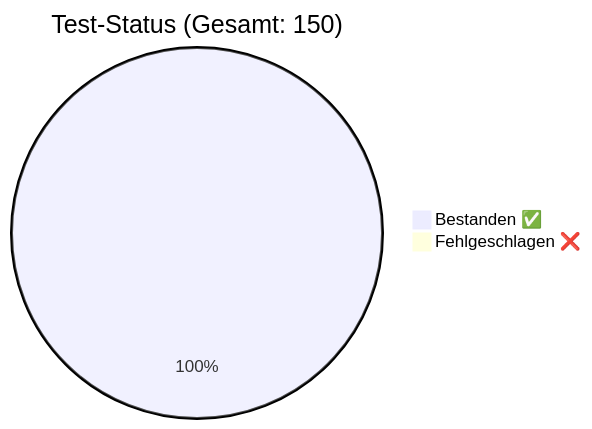
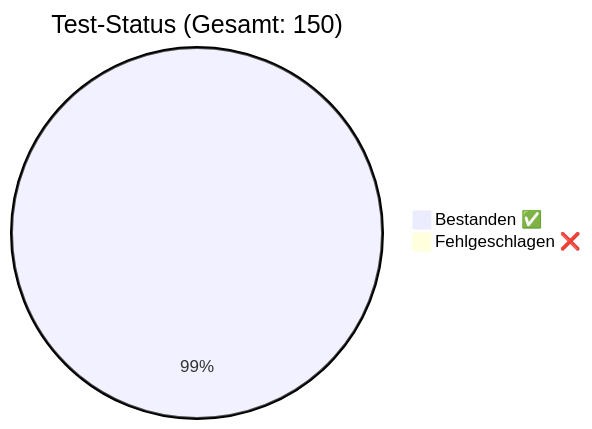
One commit to rorila/GCS changed the diagram in docs/QA_Report.md. Above: the diagram before and after it, drawn with Mermaid. The commit also changed other lines of this file and 11 other files, not shown here.

````diff
--- a/docs/QA_Report.md
+++ b/docs/QA_Report.md
@@ -7,5 +7,5 @@
 ```mermaid
 pie title Test-Status (Gesamt: 150)
-    "Bestanden ✅" : 150
-    "Fehlgeschlagen ❌" : 0
+    "Bestanden ✅" : 149
+    "Fehlgeschlagen ❌" : 1
 ```
````
